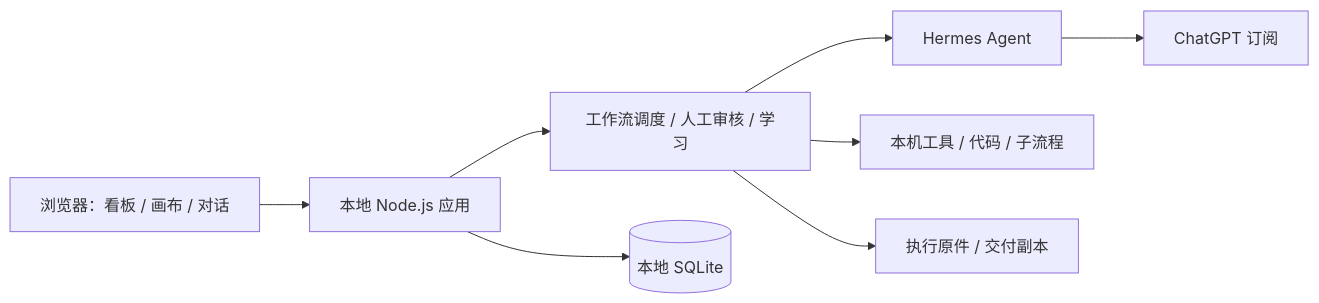
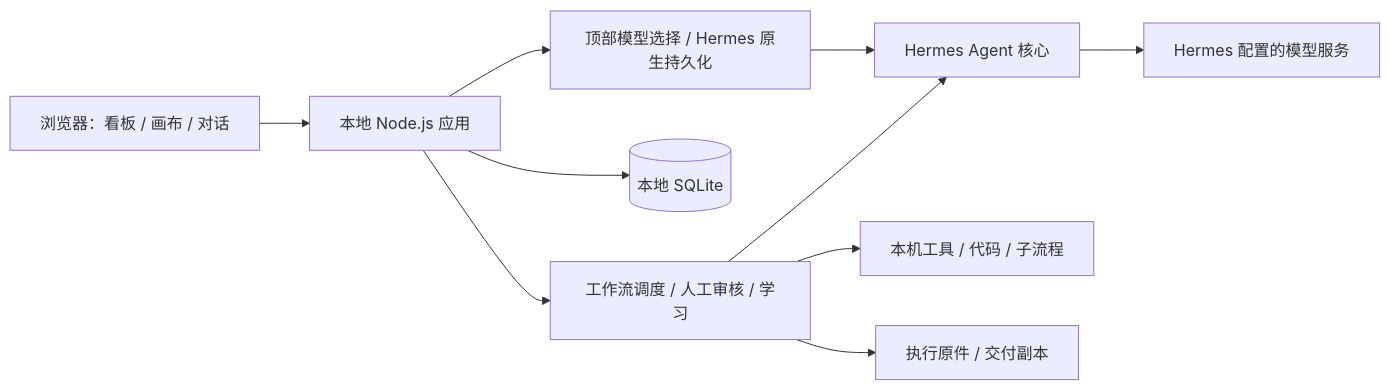
One commit to geekheart/NodeOrchard changed the diagram in README.md. Above: the diagram before and after it, drawn with Mermaid. The commit also changed other lines of this file and 9 other files, not shown here.

Commit message:
Document Hermes installation prerequisites and model management

````diff
--- a/README.md
+++ b/README.md
@@ -208,10 +240,12 @@
 ```mermaid
 flowchart LR
     UI[浏览器：看板 / 画布 / 对话] --> App[本地 Node.js 应用]
     App --> Engine[工作流调度 / 人工审核 / 学习]
     App --> DB[(本地 SQLite)]
-    Engine --> Hermes[Hermes Agent]
-    Hermes --> Model[ChatGPT 订阅]
+    App --> Selection[顶部模型选择 / Hermes 原生持久化]
+    Selection --> Hermes[Hermes Agent 核心]
+    Engine --> Hermes
+    Hermes --> Model[Hermes 配置的模型服务]
     Engine --> Tools[本机工具 / 代码 / 子流程]
     Engine --> Files[执行原件 / 交付副本]
 ```
````
